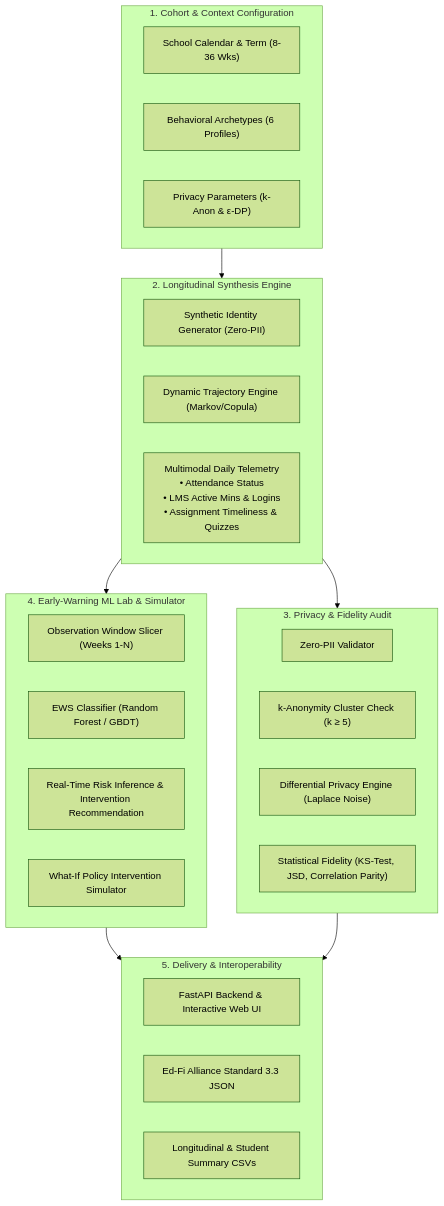
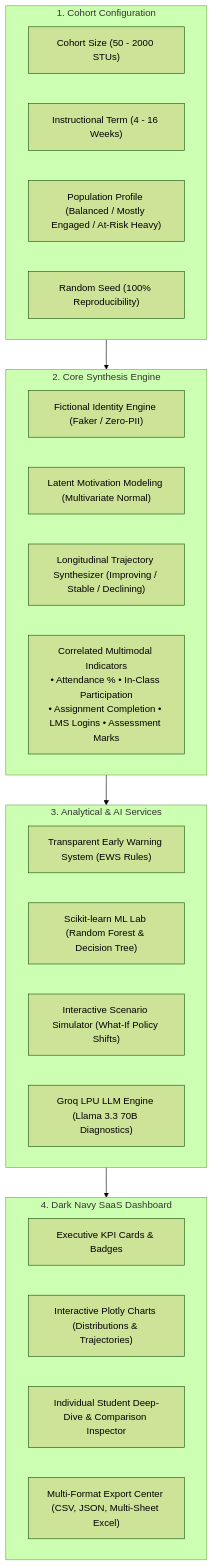
The diagram in README.md (nikhilesh007-code/attendsynth), drawn with Mermaid (forest theme) before and after one commit. The commit also changed other lines of this file and 22 other files, not shown here.

Commit message:
feat: complete Streamlit SaaS redesign with Groq AI insights, EWS, scenario simulator, and ML lab

````diff
--- a/README.md
+++ b/README.md
@@ -29,40 +28,34 @@
 ```mermaid
 flowchart TD
-    subgraph Config ["1. Cohort & Context Configuration"]
-        A1["School Calendar & Term (8-36 Wks)"]
-        A2["Behavioral Archetypes (6 Profiles)"]
-        A3["Privacy Parameters (k-Anon & ε-DP)"]
+    subgraph Config ["1. Cohort Configuration"]
+        A1["Cohort Size (50 - 2000 STUs)"]
+        A2["Instructional Term (4 - 16 Weeks)"]
+        A3["Population Profile (Balanced / Mostly Engaged / At-Risk Heavy)"]
+        A4["Random Seed (100% Reproducibility)"]
     end
 
-    subgraph Generator ["2. Longitudinal Synthesis Engine"]
-        B1["Synthetic Identity Generator (Zero-PII)"]
-        B2["Dynamic Trajectory Engine (Markov/Copula)"]
-        B3["Multimodal Daily Telemetry<br/>• Attendance Status<br/>• LMS Active Mins & Logins<br/>• Assignment Timeliness & Quizzes"]
+    subgraph Generator ["2. Core Synthesis Engine"]
+        B1["Fictional Identity Engine (Faker / Zero-PII)"]
+        B2["Latent Motivation Modeling (Multivariate Normal)"]
+        B3["Longitudinal Trajectory Synthesizer (Improving / Stable / Declining)"]
+        B4["Correlated Multimodal Indicators<br/>• Attendance % • In-Class Participation<br/>• Assignment Completion • LMS Logins • Assessment Marks"]
     end
 
-    subgraph PrivacyFidelity ["3. Privacy & Fidelity Audit"]
-        C1["Zero-PII Validator"]
-        C2["k-Anonymity Cluster Check (k ≥ 5)"]
-        C3["Differential Privacy Engine (Laplace Noise)"]
-        C4["Statistical Fidelity (KS-Test, JSD, Correlation Parity)"]
+    subgraph AnalyticalModules ["3. Analytical & AI Services"]
+        C1["Transparent Early Warning System (EWS Rules)"]
+        C2["Scikit-learn ML Lab (Random Forest & Decision Tree)"]
+        C3["Interactive Scenario Simulator (What-If Policy Shifts)"]
+        C4["Groq LPU LLM Engine (Llama 3.3 70B Diagnostics)"]
     end
 
-    subgraph ML_Lab ["4. Early-Warning ML Lab & Simulator"]
-        D1["Observation Window Slicer (Weeks 1-N)"]
-        D2["EWS Classifier (Random Forest / GBDT)"]
-        D3["Real-Time Risk Inference & Intervention Recommendation"]
-        D4["What-If Policy Intervention Simulator"]
-    end
-
-    subgraph Export ["5. Delivery & Interoperability"]
-        E1["FastAPI Backend & Interactive Web UI"]
-        E2["Ed-Fi Alliance Standard 3.3 JSON"]
-        E3["Longitudinal & Student Summary CSVs"]
+    subgraph Frontend ["4. Dark Navy SaaS Dashboard"]
+        D1["Executive KPI Cards & Badges"]
+        D2["Interactive Plotly Charts (Distributions & Trajectories)"]
+        D3["Individual Student Deep-Dive & Comparison Inspector"]
+        D4["Multi-Format Export Center (CSV, JSON, Multi-Sheet Excel)"]
     end
 
     Config --> Generator
-    Generator --> PrivacyFidelity
-    Generator --> ML_Lab
-    ML_Lab --> Export
-    PrivacyFidelity --> Export
+    Generator --> AnalyticalModules
+    AnalyticalModules --> Frontend
 ```
````
